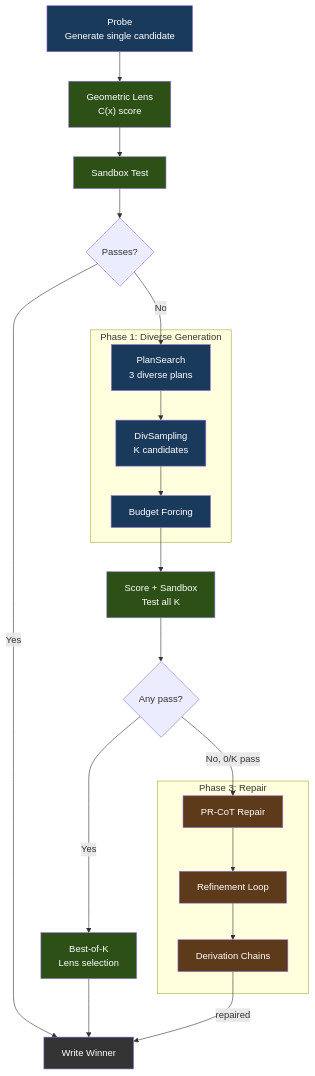
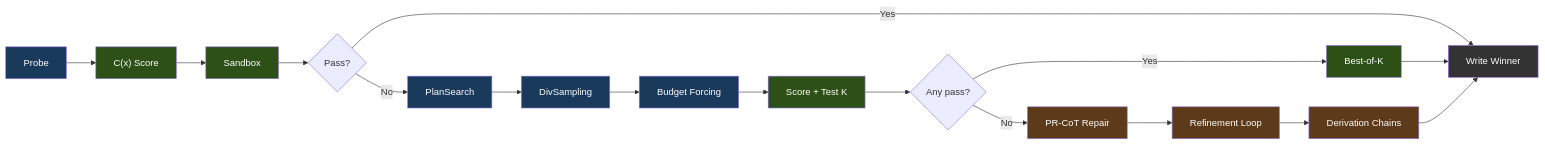
The diagram in README.md (itigges22/ATLAS), drawn with Mermaid before and after one commit.

Commit message:
Mermaid diagram: horizontal layout

````diff
--- a/README.md
+++ b/README.md
@@ -140,46 +140,21 @@
 ```mermaid
-flowchart TD
-  Probe["Probe\nGenerate single candidate"]
-  GL1["Geometric Lens\nC(x) score"]
-  SB1["Sandbox Test"]
-  Pass1{"Passes?"}
-
-  subgraph Phase1["Phase 1: Diverse Generation"]
-    PS["PlanSearch\n3 diverse plans"]
-    DS["DivSampling\nK candidates"]
-    BF["Budget Forcing"]
-  end
-
-  GL2["Score + Sandbox\nTest all K"]
-  Pass2{"Any pass?"}
-  Select["Best-of-K\nLens selection"]
-
-  subgraph Phase3["Phase 3: Repair"]
-    PR["PR-CoT Repair"]
-    RL["Refinement Loop"]
-    DC["Derivation Chains"]
-  end
-
-  Done["Write Winner"]
-
-  Probe --> GL1 --> SB1 --> Pass1
-  Pass1 -->|"Yes"| Done
-  Pass1 -->|"No"| PS
-  PS --> DS --> BF --> GL2 --> Pass2
-  Pass2 -->|"Yes"| Select --> Done
-  Pass2 -->|"No, 0/K pass"| PR --> RL --> DC
-  DC -->|"repaired"| Done
+flowchart LR
+  Probe["Probe"] --> GL1["C(x) Score"] --> SB1["Sandbox"] --> Pass1{"Pass?"}
+  Pass1 -->|"Yes"| Done["Write Winner"]
+  Pass1 -->|"No"| PS["PlanSearch"] --> DS["DivSampling"] --> BF["Budget Forcing"] --> GL2["Score + Test K"] --> Pass2{"Any pass?"}
+  Pass2 -->|"Yes"| Select["Best-of-K"] --> Done
+  Pass2 -->|"No"| PR["PR-CoT Repair"] --> RL["Refinement Loop"] --> DC["Derivation Chains"] --> Done
 
   style Probe fill:#1a3a5c,color:#fff
   style GL1 fill:#2d5016,color:#fff
   style SB1 fill:#2d5016,color:#fff
   style PS fill:#1a3a5c,color:#fff
   style DS fill:#1a3a5c,color:#fff
   style BF fill:#1a3a5c,color:#fff
   style GL2 fill:#2d5016,color:#fff
   style Select fill:#2d5016,color:#fff
   style PR fill:#5c3a1a,color:#fff
   style RL fill:#5c3a1a,color:#fff
   style DC fill:#5c3a1a,color:#fff
   style Done fill:#333,color:#fff
 ```
````
